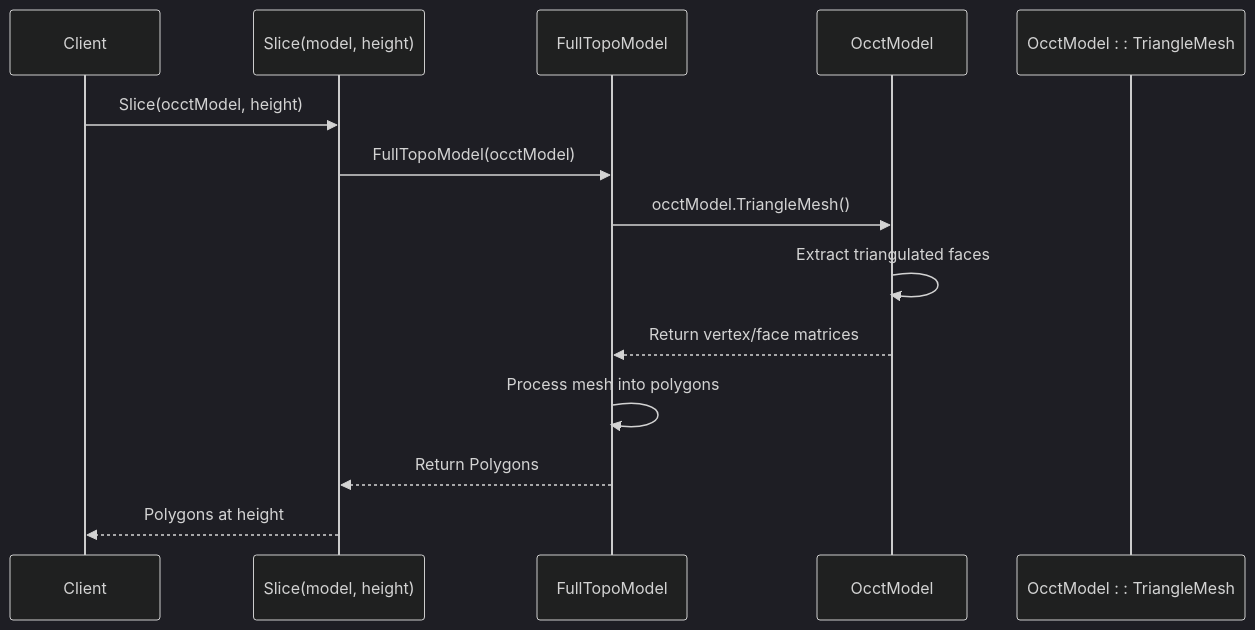
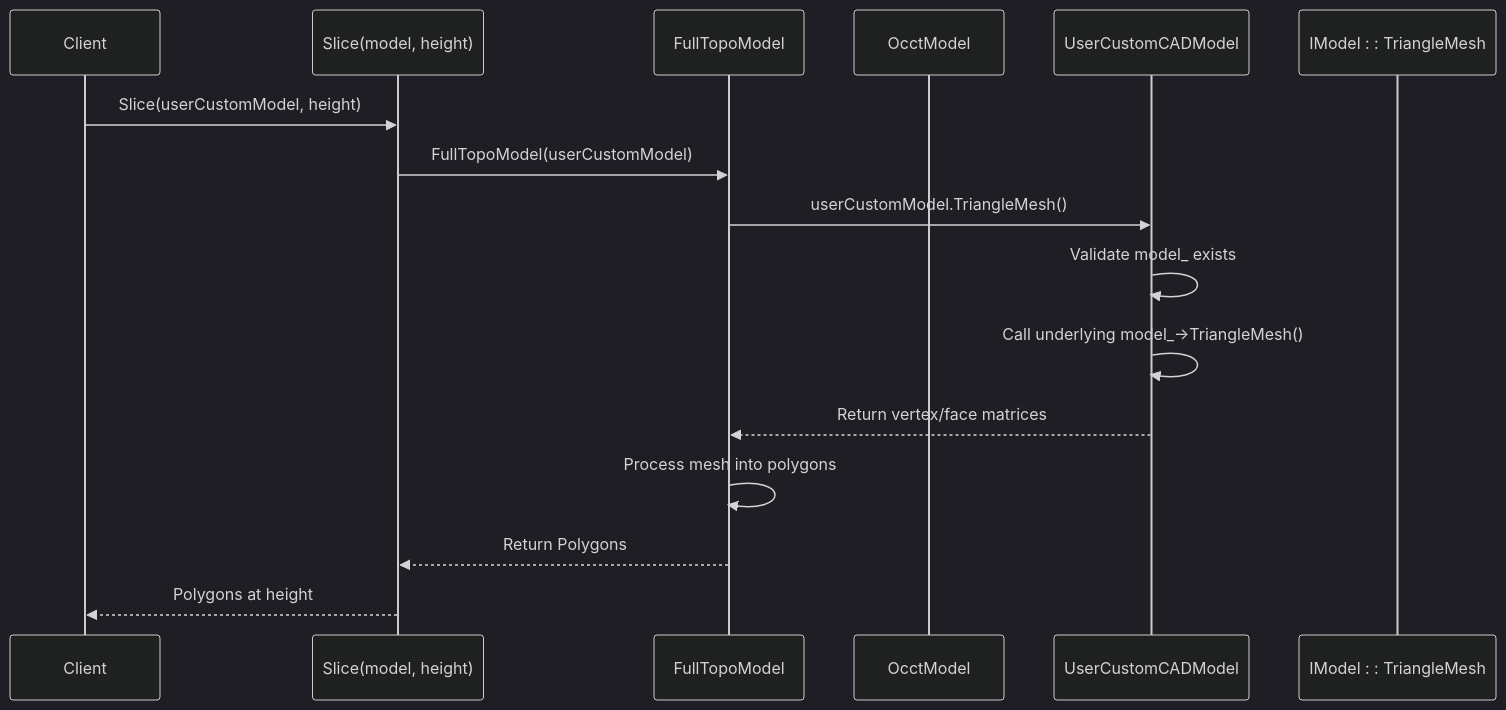
The tenth of 15 diagrams in .qoder/repowiki/en/content/Model Processing/CAD Model Processing.md (hsmbanlance/HsBaSlicer), drawn with Mermaid (dark theme) before and after one commit. The commit also changed other lines of this file and 31 other files, not shown here.

First line of the commit message:
docs(architecture): 更新文档以包含事件处理系统和动态库测试

````diff
--- a/.qoder/repowiki/en/content/Model Processing/CAD Model Processing.md
+++ b/.qoder/repowiki/en/content/Model Processing/CAD Model Processing.md
@@ -372,16 +489,18 @@
 ```mermaid
 sequenceDiagram
 participant Client
 participant SliceAPI as Slice(model, height)
 participant FullTopoModel
 participant OcctModel
-participant TriangleMesh as OcctModel : : TriangleMesh
-Client->>SliceAPI : Slice(occtModel, height)
-SliceAPI->>FullTopoModel : FullTopoModel(occtModel)
-FullTopoModel->>OcctModel : occtModel.TriangleMesh()
-OcctModel->>OcctModel : Extract triangulated faces
-OcctModel-->>FullTopoModel : Return vertex/face matrices
+participant UserCustomCADModel
+participant TriangleMesh as IModel : : TriangleMesh
+Client->>SliceAPI : Slice(userCustomModel, height)
+SliceAPI->>FullTopoModel : FullTopoModel(userCustomModel)
+FullTopoModel->>UserCustomCADModel : userCustomModel.TriangleMesh()
+UserCustomCADModel->>UserCustomCADModel : Validate model_ exists
+UserCustomCADModel->>UserCustomCADModel : Call underlying model_->TriangleMesh()
+UserCustomCADModel-->>FullTopoModel : Return vertex/face matrices
 FullTopoModel->>FullTopoModel : Process mesh into polygons
 FullTopoModel-->>SliceAPI : Return Polygons
 SliceAPI-->>Client : Polygons at height
 ```
````
